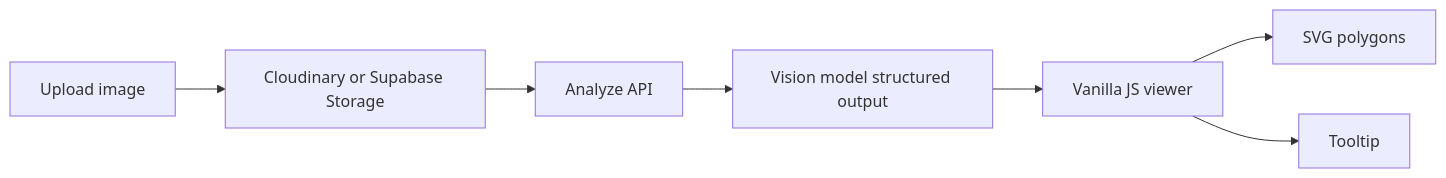
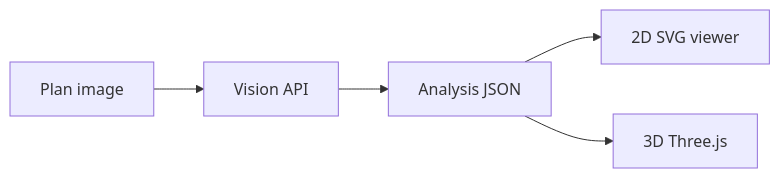
Before and after one commit to boss477/IIDA: the diagram in floor-plan-viewer/README.md, drawn with Mermaid. The commit also changed other lines of this file, not shown here.

Commit message:
Expand floor-plan-viewer README with 3D docs and setup.

````diff
--- a/floor-plan-viewer/README.md
+++ b/floor-plan-viewer/README.md
@@ -18,14 +70,12 @@
 ```mermaid
 flowchart LR
-  upload[Upload image]
-  store[Cloudinary or Supabase Storage]
-  api[Analyze API]
-  vision[Vision model structured output]
-  client[Vanilla JS viewer]
-  upload --> store
-  store --> api
-  api --> vision
-  vision --> client
-  client --> svg[SVG polygons]
-  client --> tooltip[Tooltip]
+  img[Plan image]
+  vision[Vision API]
+  json[Analysis JSON]
+  viewer2d[2D SVG viewer]
+  viewer3d[3D Three.js]
+  img --> vision
+  vision --> json
+  json --> viewer2d
+  json --> viewer3d
 ```
````
